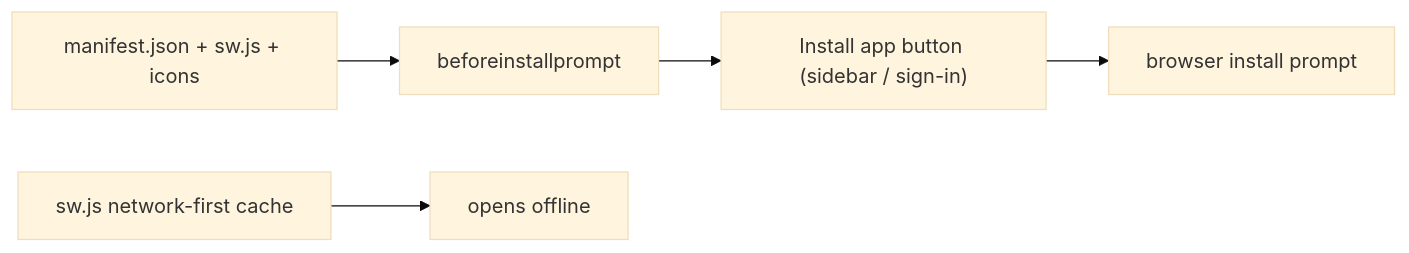
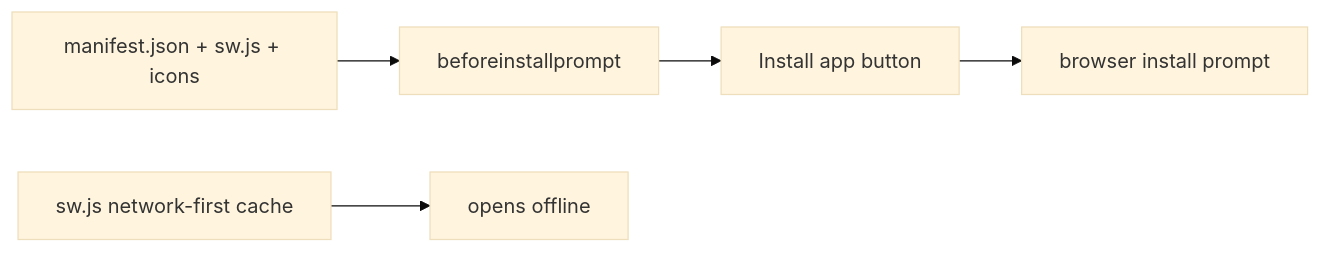
One commit to rawrmeo/issue-tracker changed diagram 18 of 22 in HANDOVER.md. Above: the diagram before and after it, drawn with Mermaid (base theme). The commit also changed other lines of this file and 5 other files, not shown here.

First line of the commit message:
Offer Install app from the profile menu

````diff
--- a/HANDOVER.md
+++ b/HANDOVER.md
@@ -440,7 +550,7 @@
 ```mermaid
 flowchart LR
   M["manifest.json + sw.js + icons"] --> B["beforeinstallprompt"]
-  B --> BTN["Install app button (sidebar / sign-in)"]
+  B --> BTN["Install app button"]
   BTN --> P["browser install prompt"]
   SW["sw.js network-first cache"] --> OFF["opens offline"]
 ```
````
